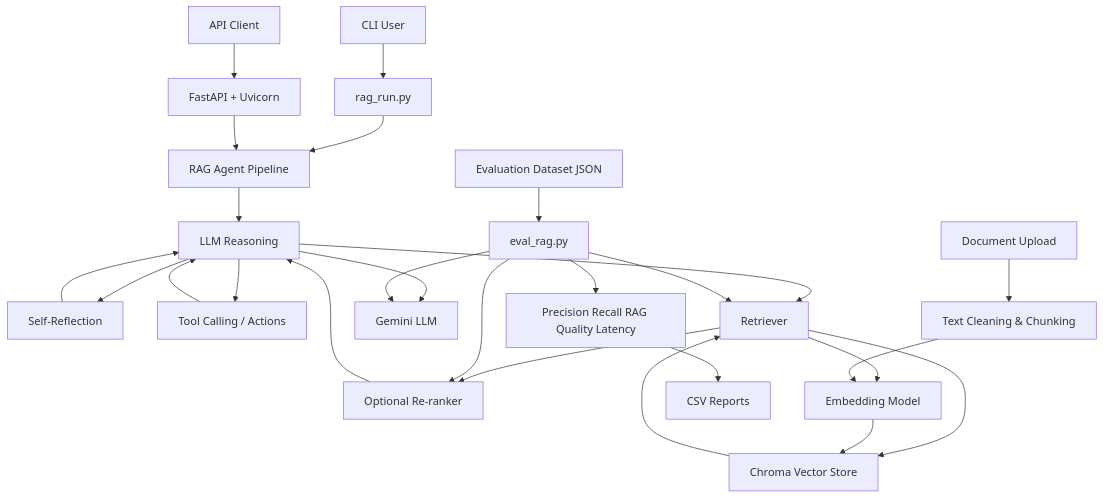
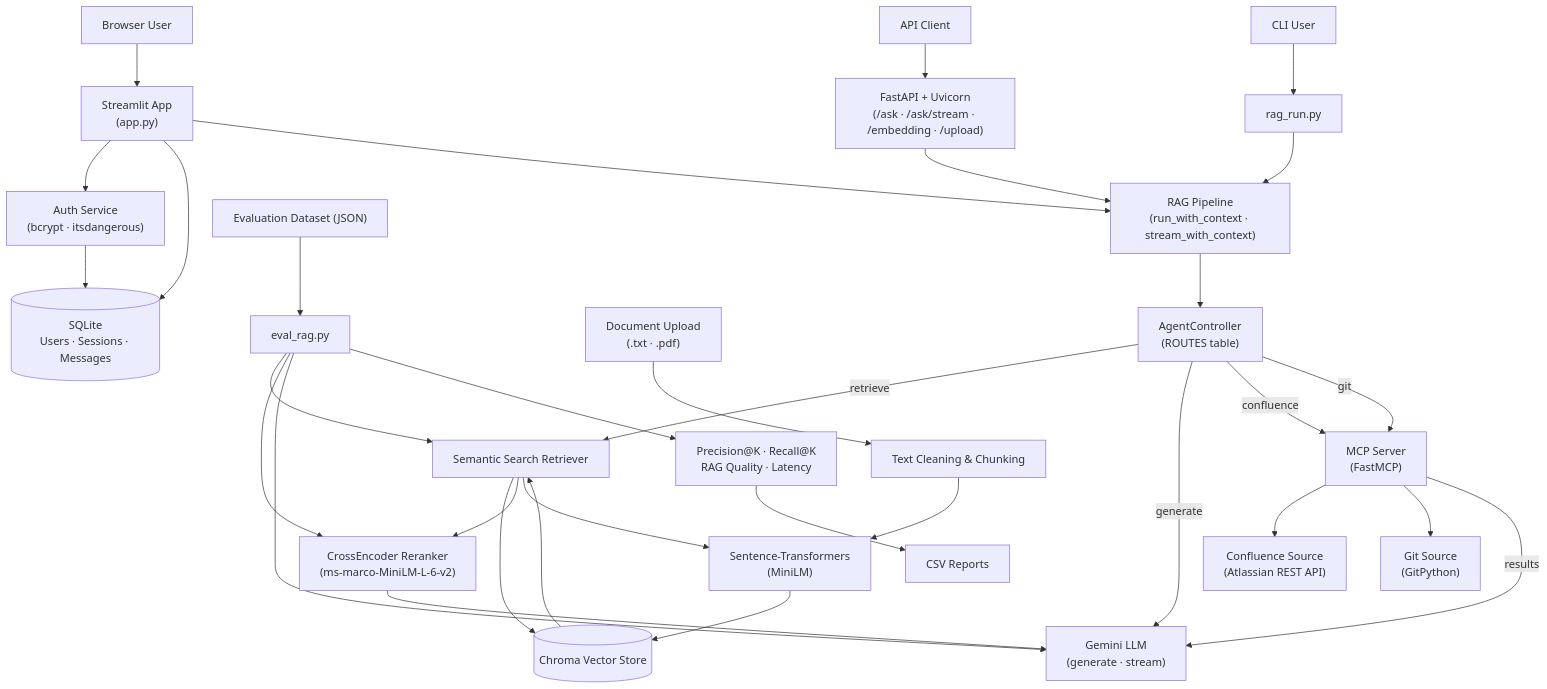
One commit to musadiq-ciklum/linkedin-agent changed the diagram in architecture.mmd. Above: the diagram before and after it, drawn with Mermaid. The commit also changed 1 other file, not shown here.

Commit message:
docs(#27): update README and architecture diagram for v2 feature set

```diff
--- a/architecture.mmd
+++ b/architecture.mmd
@@ -1,96 +1,104 @@
 flowchart TB
     %% =========================
-    %% User Interfaces
+    %% Users
     %% =========================
+    UserBrowser[Browser User]
+    UserAPI[API Client]
     UserCLI[CLI User]
-    UserAPI[API Client]
 
     %% =========================
     %% Entry Points
     %% =========================
-    CLI[rag_run.py]
-    API[FastAPI + Uvicorn]
+    StreamlitApp["Streamlit App\n(app.py)"]
+    API["FastAPI + Uvicorn\n(/ask · /ask/stream · /embedding · /upload)"]
+    CLI["rag_run.py"]
 
     %% =========================
-    %% Core Agent
+    %% Auth & Persistence
     %% =========================
-    Agent[RAG Agent Pipeline]
+    AuthService["Auth Service\n(bcrypt · itsdangerous)"]
+    SQLite[("SQLite\nUsers · Sessions · Messages")]
 
     %% =========================
-    %% Reasoning & Control
+    %% Pipeline & Routing
     %% =========================
-    Reasoning[LLM Reasoning]
-    Reflection[Self-Reflection]
-    Tooling[Tool Calling / Actions]
+    Pipeline["RAG Pipeline\n(run_with_context · stream_with_context)"]
+    Controller["AgentController\n(ROUTES table)"]
+
+    %% =========================
+    %% MCP Sources
+    %% =========================
+    MCPServer["MCP Server\n(FastMCP)"]
+    ConfluenceSource["Confluence Source\n(Atlassian REST API)"]
+    GitSource["Git Source\n(GitPython)"]
 
     %% =========================
     %% Retrieval Layer
     %% =========================
-    Retriever[Retriever]
-    Reranker[Optional Re-ranker]
-    VectorStore[Chroma Vector Store]
+    Retriever["Semantic Search Retriever"]
+    Reranker["CrossEncoder Reranker\n(ms-marco-MiniLM-L-6-v2)"]
+    VectorStore[("Chroma Vector Store")]
 
     %% =========================
     %% Models
     %% =========================
-    LLM[Gemini LLM]
-    Embedder[Embedding Model]
+    LLM["Gemini LLM\n(generate · stream)"]
+    Embedder["Sentence-Transformers\n(MiniLM)"]
 
     %% =========================
     %% Data Ingestion
     %% =========================
-    Upload[Document Upload]
-    Chunking[Text Cleaning & Chunking]
+    Upload["Document Upload\n(.txt · .pdf)"]
+    Chunking["Text Cleaning & Chunking"]
 
     %% =========================
     %% Evaluation (Offline)
     %% =========================
-    EvalScript[eval_rag.py]
-    EvalData[Evaluation Dataset JSON]
-    Metrics[Precision Recall RAG Quality Latency]
-    Reports[CSV Reports]
+    EvalScript["eval_rag.py"]
+    EvalData["Evaluation Dataset (JSON)"]
+    Metrics["Precision@K · Recall@K\nRAG Quality · Latency"]
+    Reports["CSV Reports"]
 
-    %% =========================
-    %% Flow: CLI & API
-    %% =========================
-    UserCLI --> CLI --> Agent
-    UserAPI --> API --> Agent
+    %% ── Entry flows ──────────────────────────
+    UserBrowser --> StreamlitApp
+    UserAPI --> API
+    UserCLI --> CLI
 
-    %% =========================
-    %% Agent Internal Flow
-    %% =========================
-    Agent --> Reasoning
-    Reasoning --> Retriever
-    Retriever --> VectorStore
-    VectorStore --> Retriever
-    Retriever --> Reranker
-    Reranker --> Reasoning
+    %% ── Auth & chat history ──────────────────
+    StreamlitApp --> AuthService --> SQLite
+    StreamlitApp --> SQLite
 
-    %% =========================
-    %% Tool & Reflection Loop
-    %% =========================
-    Reasoning --> Tooling
-    Tooling --> Reasoning
-    Reasoning --> Reflection
-    Reflection --> Reasoning
+    %% ── All interfaces call Pipeline directly ─
+    StreamlitApp --> Pipeline
+    API --> Pipeline
+    CLI --> Pipeline
 
-    %% =========================
-    %% Models Interaction
-    %% =========================
-    Reasoning --> LLM
+    %% ── Pipeline consults Controller ─────────
+    Pipeline --> Controller
+
+    %% ── Controller returns routing decision ──
+    %% ── Pipeline then calls the right handler ─
+    Controller -->|retrieve| Retriever
+    Controller -->|generate| LLM
+    Controller -->|confluence| MCPServer
+    Controller -->|git| MCPServer
+
+    %% ── MCP sources ──────────────────────────
+    MCPServer --> ConfluenceSource
+    MCPServer --> GitSource
+    MCPServer -->|results| LLM
+
+    %% ── Retrieve path ────────────────────────
+    Retriever --> VectorStore --> Retriever
+    Retriever --> Reranker --> LLM
     Retriever --> Embedder
 
-    %% =========================
-    %% Ingestion Flow
-    %% =========================
+    %% ── Data ingestion ───────────────────────
     Upload --> Chunking --> Embedder --> VectorStore
 
-    %% =========================
-    %% Evaluation Flow
-    %% =========================
+    %% ── Evaluation ───────────────────────────
     EvalData --> EvalScript
     EvalScript --> Retriever
     EvalScript --> Reranker
     EvalScript --> LLM
-    EvalScript --> Metrics
-    Metrics --> Reports
+    EvalScript --> Metrics --> Reports
```
